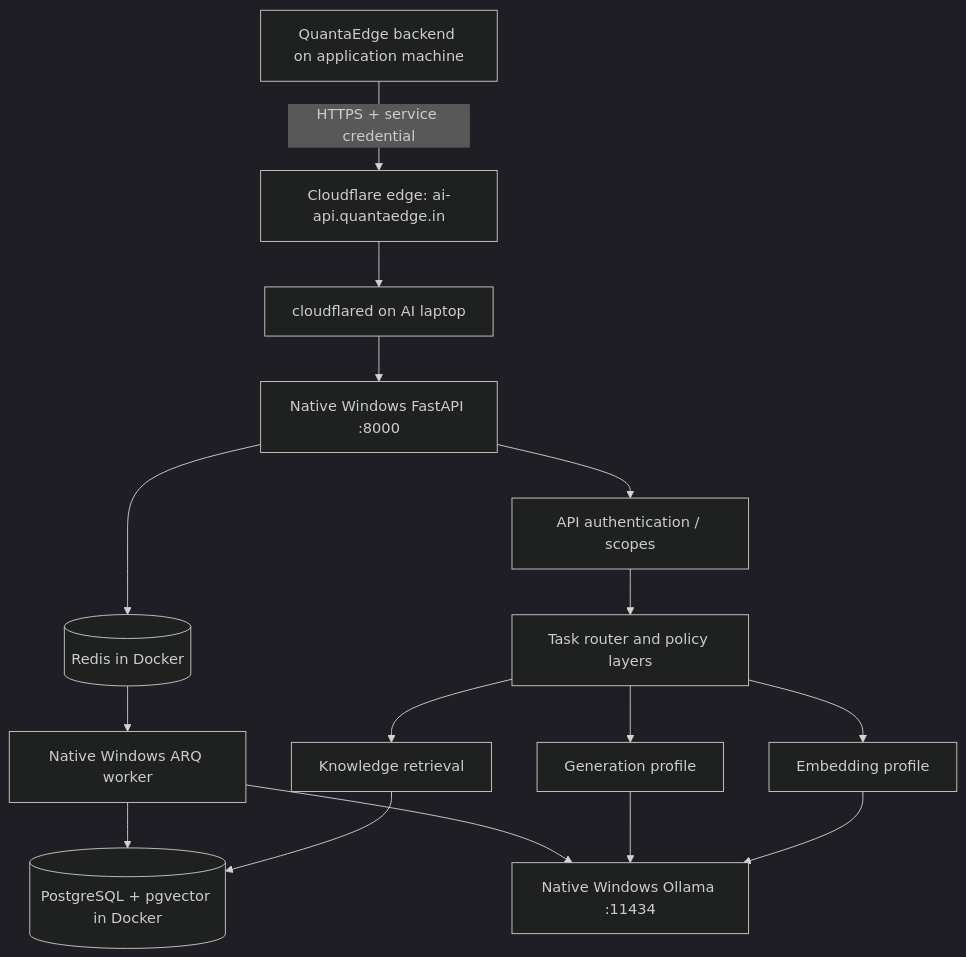
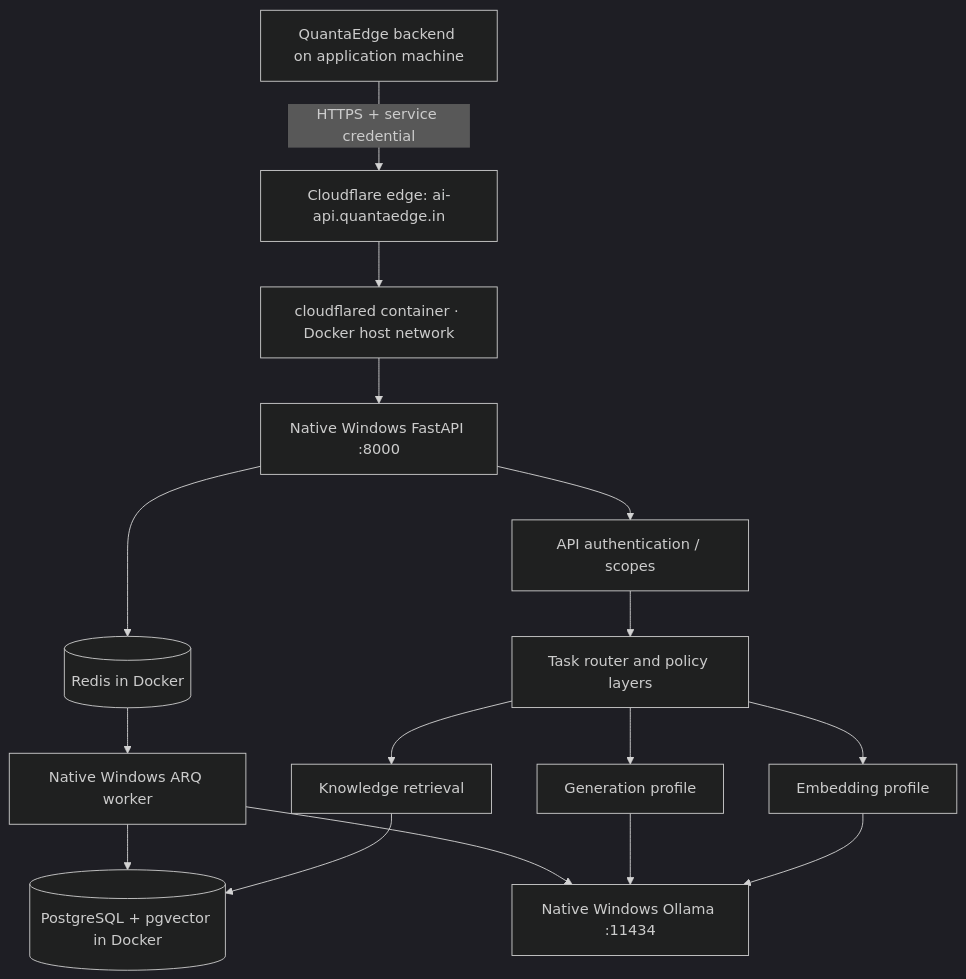
The diagram in README.md (Manav326/QuantaEdge-AI-Platform), drawn with Mermaid (dark theme) before and after one commit. The commit also changed other lines of this file and 7 other files, not shown here.

````diff
--- a/README.md
+++ b/README.md
@@ -15,24 +15,24 @@
 ```mermaid
 flowchart TB
   APP[QuantaEdge backend on application machine]
   CF[Cloudflare edge: ai-api.quantaedge.in]
-  TUN[cloudflared on AI laptop]
+  TUN[cloudflared container · Docker host network]
   API[Native Windows FastAPI :8000]
   SEC[API authentication / scopes]
   ROUTE[Task router and policy layers]
   KNOW[Knowledge retrieval]
   EMB[Embedding profile]
   CHAT[Generation profile]
   DB[(PostgreSQL + pgvector in Docker)]
   REDIS[(Redis in Docker)]
   WORK[Native Windows ARQ worker]
   OLLAMA[Native Windows Ollama :11434]
   APP -->|HTTPS + service credential| CF --> TUN --> API
   API --> SEC --> ROUTE
   ROUTE --> KNOW --> DB
   ROUTE --> EMB --> OLLAMA
   ROUTE --> CHAT --> OLLAMA
   API --> REDIS --> WORK
   WORK --> OLLAMA
   WORK --> DB
 ```
````
